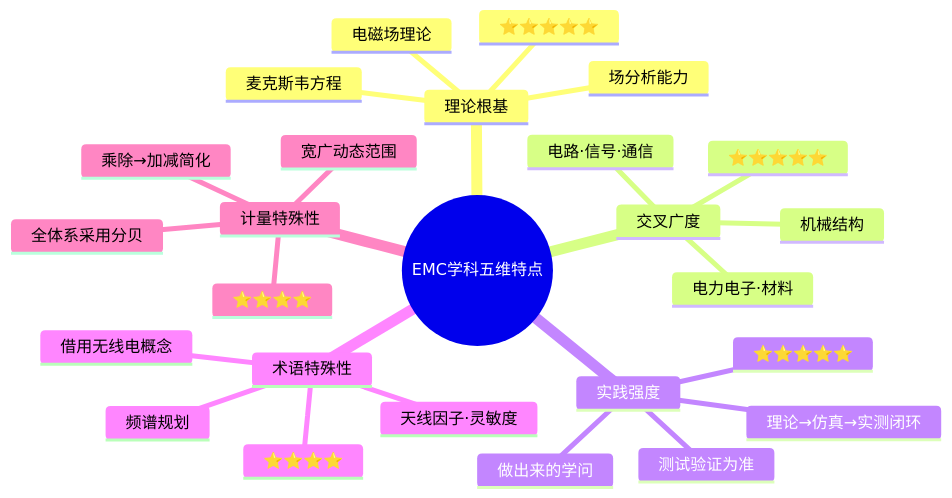
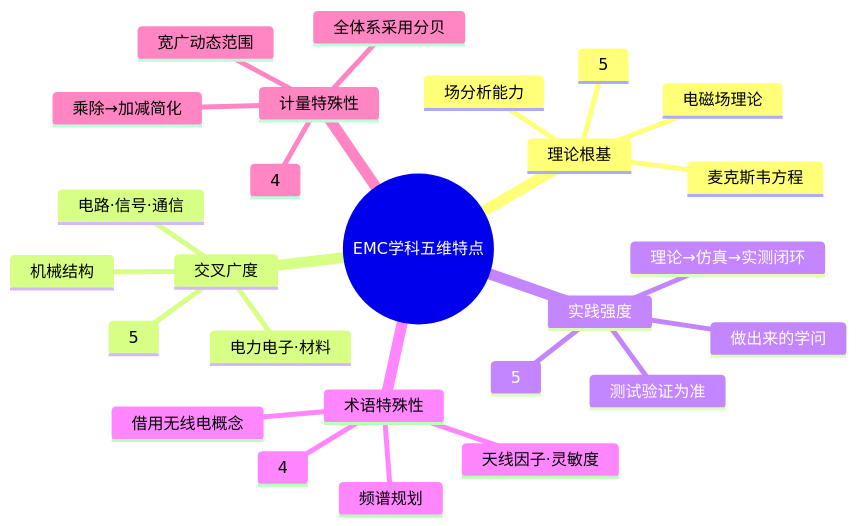
The seventh of 7 diagrams in output/第1章-绪论.md (huoli4844/chateacher-emc), drawn with Mermaid before and after one commit. The commit also changed other lines of this file, not shown here.

Commit message:
fix: 移除Mermaid图中所有emoji（🔄⚠️🚫📋⭐⭐⭐⭐⭐），修复渲染问题

````diff
--- a/output/第1章-绪论.md
+++ b/output/第1章-绪论.md
@@ -601,30 +601,30 @@
 ```mermaid
 %%{init: {"theme": "default"}}%%
 mindmap
   root((EMC学科五维特点))
     理论根基
-      ⭐⭐⭐⭐⭐
+      5
       电磁场理论
       麦克斯韦方程
       场分析能力
     交叉广度
-      ⭐⭐⭐⭐⭐
+      5
       电路·信号·通信
       电力电子·材料
       机械结构
     实践强度
-      ⭐⭐⭐⭐⭐
+      5
       做出来的学问
       测试验证为准
       理论→仿真→实测闭环
     术语特殊性
-      ⭐⭐⭐⭐
+      4
       借用无线电概念
       天线因子·灵敏度
       频谱规划
     计量特殊性
-      ⭐⭐⭐⭐
+      4
       全体系采用分贝
       宽广动态范围
       乘除→加减简化
 ```
````
